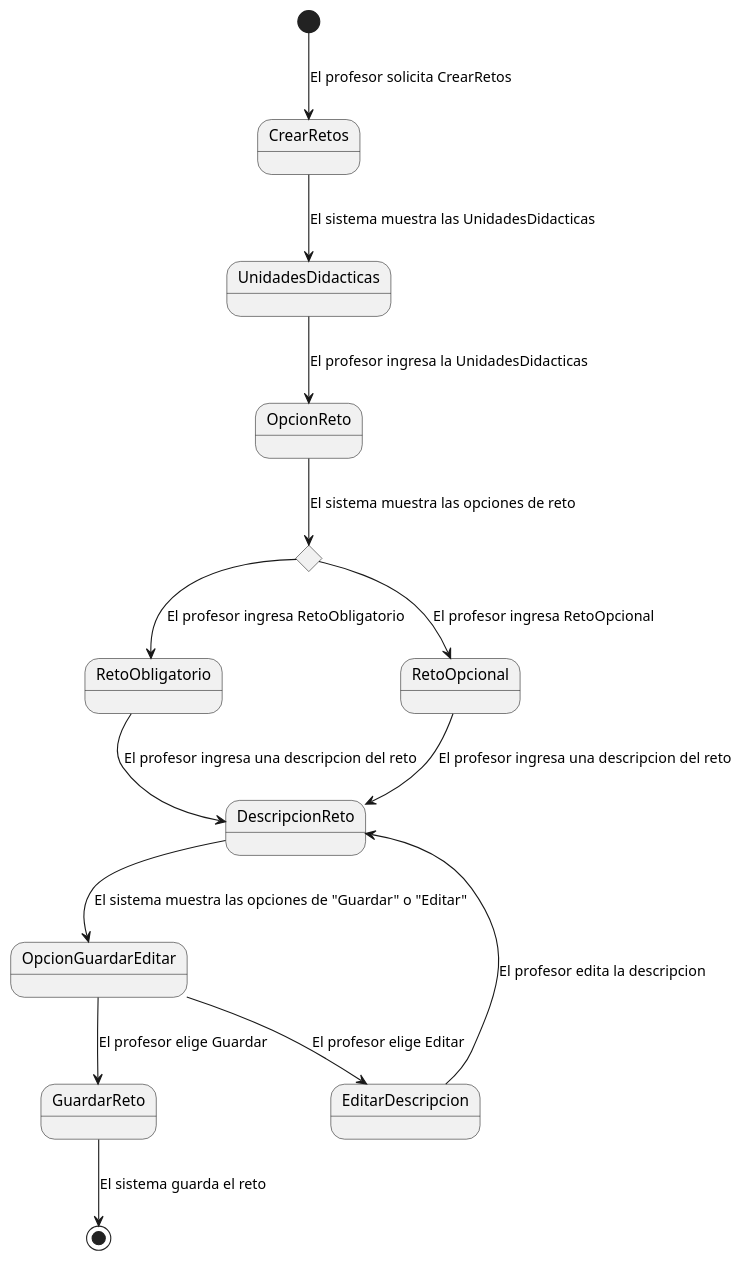
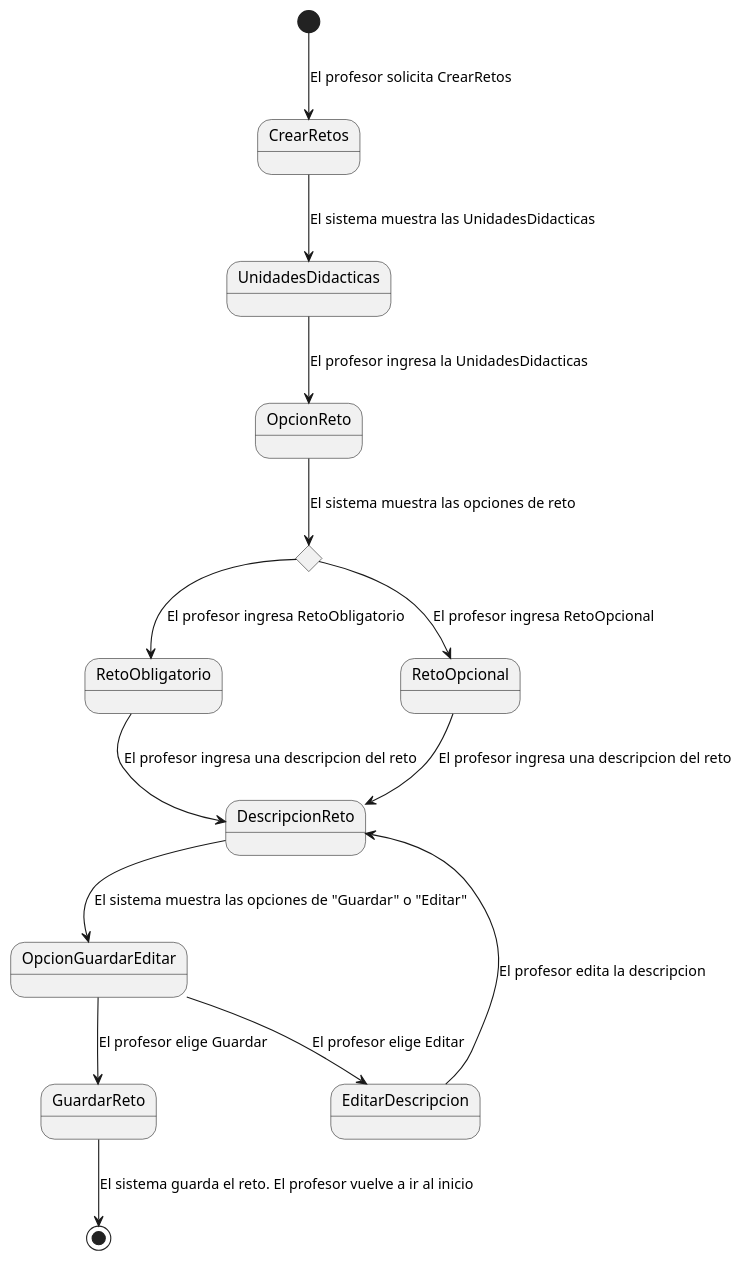
One commit to mmasias/24-25-IdSw1-SDR changed the diagram in Documentos/DetallarCasosDeUso/CrearRetos.puml. Above: the diagram before and after it, drawn with PlantUML. The commit also changed 5 other files, not shown here.

```diff
--- a/Documentos/DetallarCasosDeUso/CrearRetos.puml
+++ b/Documentos/DetallarCasosDeUso/CrearRetos.puml
@@ -1,19 +1,19 @@
 @startuml
 
 [*] --> CrearRetos : El profesor solicita CrearRetos
 CrearRetos --> UnidadesDidacticas : El sistema muestra las UnidadesDidacticas
 UnidadesDidacticas --> OpcionReto : El profesor ingresa la UnidadesDidacticas
 state reto <<choice>>
 OpcionReto --> reto : El sistema muestra las opciones de reto
 reto --> RetoObligatorio : El profesor ingresa RetoObligatorio
 reto --> RetoOpcional : El profesor ingresa RetoOpcional
 RetoObligatorio --> DescripcionReto : El profesor ingresa una descripcion del reto
 RetoOpcional --> DescripcionReto : El profesor ingresa una descripcion del reto
 DescripcionReto --> OpcionGuardarEditar : El sistema muestra las opciones de "Guardar" o "Editar"
 state OpcionGuardarEditar <<choice>>
 OpcionGuardarEditar --> GuardarReto : El profesor elige Guardar
 OpcionGuardarEditar --> EditarDescripcion : El profesor elige Editar
 EditarDescripcion --> DescripcionReto : El profesor edita la descripcion
-GuardarReto --> [*] : El sistema guarda el reto
+GuardarReto --> [*] : El sistema guarda el reto. El profesor vuelve a ir al inicio
 
 @enduml
```
